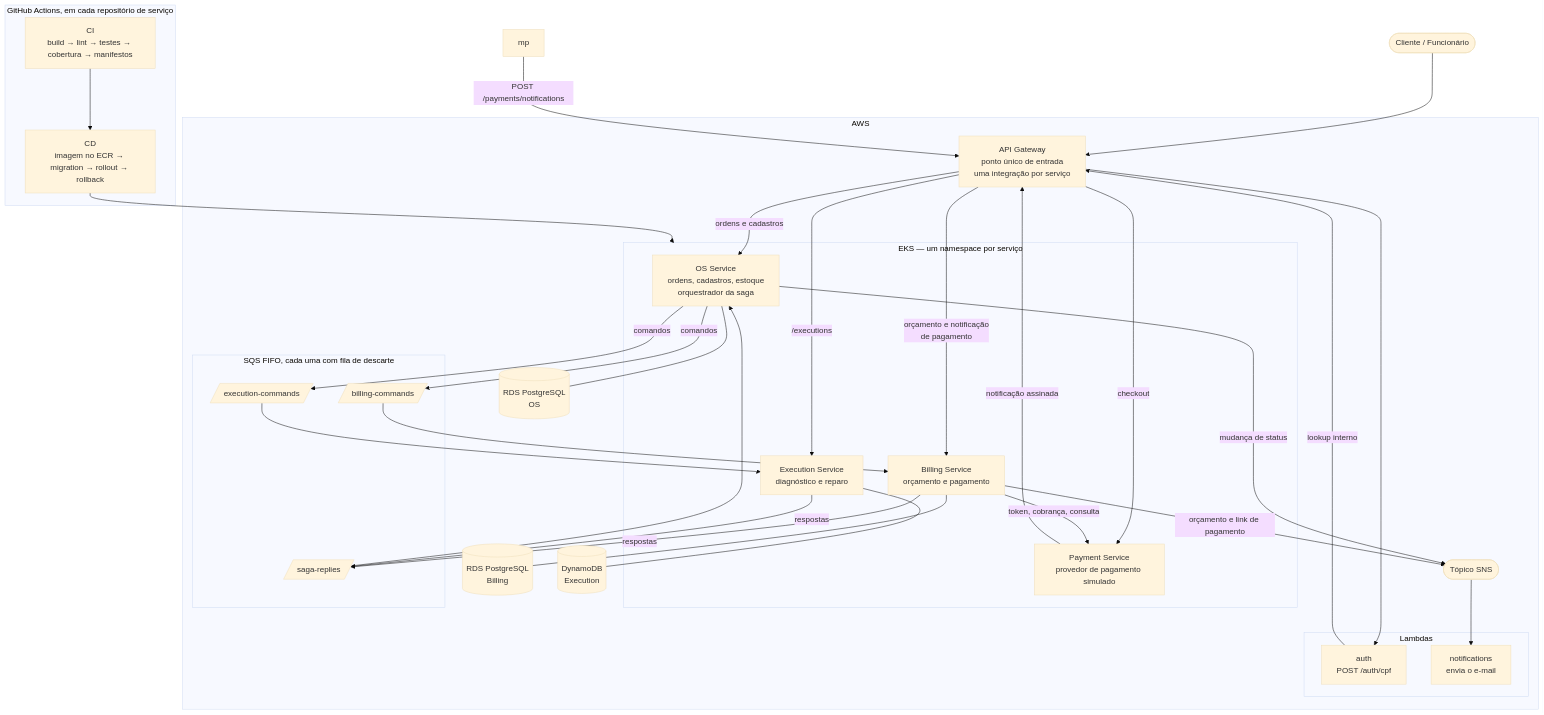
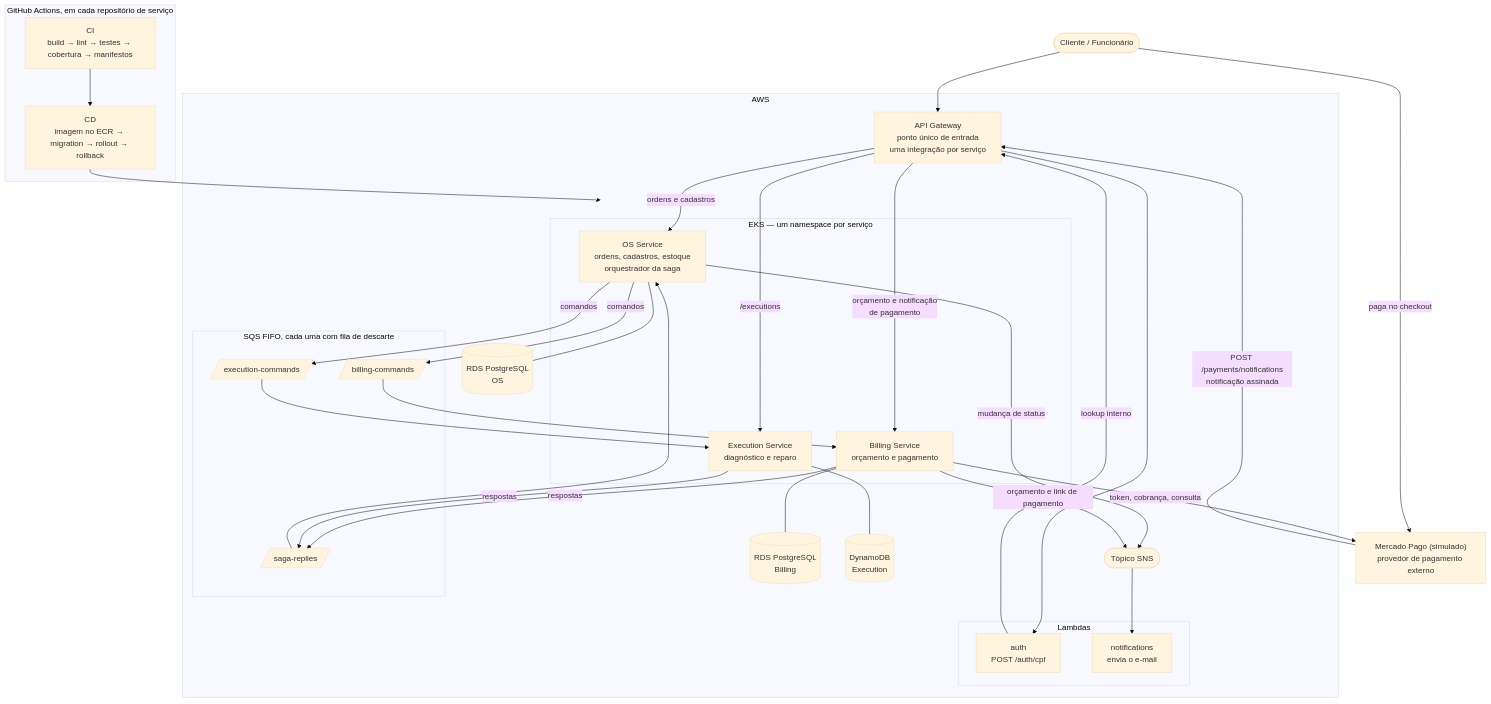
Before and after one commit to diandria/fiap-tech-challenge: the diagram in README.md, drawn with Mermaid (base theme).

Commit message:
docs: draw the simulated payment provider as an external system

````diff
--- a/README.md
+++ b/README.md
@@ -124,63 +124,62 @@
 ```mermaid
 flowchart TB
     user(["Cliente / Funcionário"])
+    mp["Mercado Pago (simulado)\nprovedor de pagamento externo"]
 
     subgraph aws["AWS"]
         gw["API Gateway\nponto único de entrada\numa integração por serviço"]
 
         subgraph serverless["Lambdas"]
             authfn["auth\nPOST /auth/cpf"]
             notifyfn["notifications\nenvia o e-mail"]
         end
 
         subgraph k8s["EKS — um namespace por serviço"]
             os["OS Service\nordens, cadastros, estoque\norquestrador da saga"]
             billing["Billing Service\norçamento e pagamento"]
             execution["Execution Service\ndiagnóstico e reparo"]
-            payment["Payment Service\nprovedor de pagamento simulado"]
         end
 
         subgraph queues["SQS FIFO, cada uma com fila de descarte"]
             qb[/"billing-commands"/]
             qe[/"execution-commands"/]
             qr[/"saga-replies"/]
         end
 
         rdsos[("RDS PostgreSQL\nOS")]
         rdsbill[("RDS PostgreSQL\nBilling")]
         ddb[("DynamoDB\nExecution")]
         sns(["Tópico SNS"])
 
         gw -->|"ordens e cadastros"| os
         gw -->|"orçamento e notificação\nde pagamento"| billing
         gw -->|"/executions"| execution
-        gw -->|"checkout"| payment
         gw --> authfn
         authfn -->|"lookup interno"| gw
 
         os -->|"comandos"| qb --> billing
         os -->|"comandos"| qe --> execution
         billing -->|"respostas"| qr
         execution -->|"respostas"| qr
         qr --> os
 
         os --- rdsos
         billing --- rdsbill
         execution --- ddb
         os -->|"mudança de status"| sns
         billing -->|"orçamento e link de pagamento"| sns
         sns --> notifyfn
-        billing -->|"token, cobrança, consulta"| payment
-        payment -->|"notificação assinada"| gw
     end
 
     subgraph gha["GitHub Actions, em cada repositório de serviço"]
         ci["CI\nbuild → lint → testes → cobertura → manifestos"]
         cd["CD\nimagem no ECR → migration → rollout → rollback"]
         ci --> cd
     end
 
     user --> gw
-    mp -->|"POST /payments/notifications"| gw
+    user -->|"paga no checkout"| mp
+    billing -->|"token, cobrança, consulta"| mp
+    mp -->|"POST /payments/notifications\nnotificação assinada"| gw
     cd --> k8s
 ```
````
